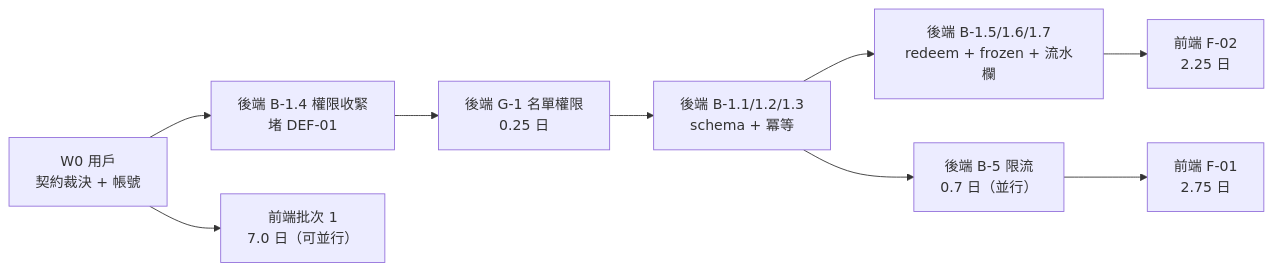
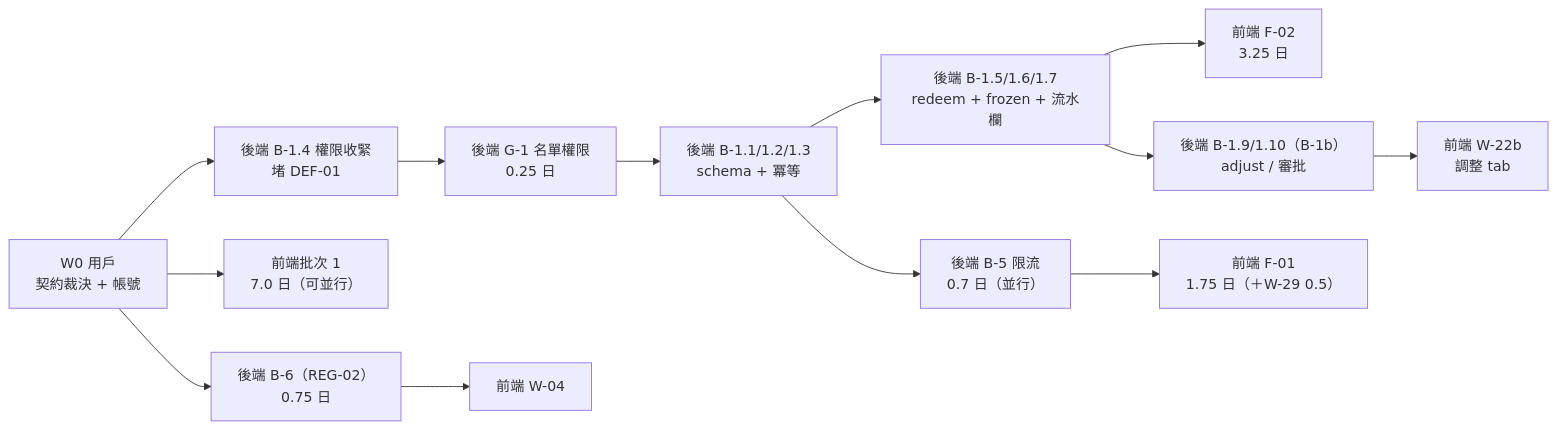
One commit to Chonwai/NFC_LinkCard_Event_Admin_App_Expo changed the diagram in docs/research/09-feasibility-review.md. Above: the diagram before and after it, drawn with Mermaid. The commit also changed other lines of this file and 4 other files, not shown here.

````diff
--- a/docs/research/09-feasibility-review.md
+++ b/docs/research/09-feasibility-review.md
@@ -231,11 +241,15 @@
 ```mermaid
 flowchart LR
     A["W0 用戶<br/>契約裁決 + 帳號"] --> B["後端 B-1.4 權限收緊<br/>堵 DEF-01"]
     B --> C["後端 G-1 名單權限<br/>0.25 日"]
     C --> D["後端 B-1.1/1.2/1.3<br/>schema + 冪等"]
     D --> E["後端 B-1.5/1.6/1.7<br/>redeem + frozen + 流水欄"]
-    E --> F["前端 F-02<br/>2.25 日"]
+    E --> F["前端 F-02<br/>3.25 日"]
     A --> G["前端批次 1<br/>7.0 日（可並行）"]
     D --> H["後端 B-5 限流<br/>0.7 日（並行）"]
-    H --> I["前端 F-01<br/>2.75 日"]
+    H --> I["前端 F-01<br/>1.75 日（＋W-29 0.5）"]
+    E --> J["後端 B-1.9/1.10（B-1b）<br/>adjust / 審批"]
+    J --> K["前端 W-22b<br/>調整 tab"]
+    A --> L["後端 B-6（REG-02）<br/>0.75 日"]
+    L --> M["前端 W-04"]
 ```
````
